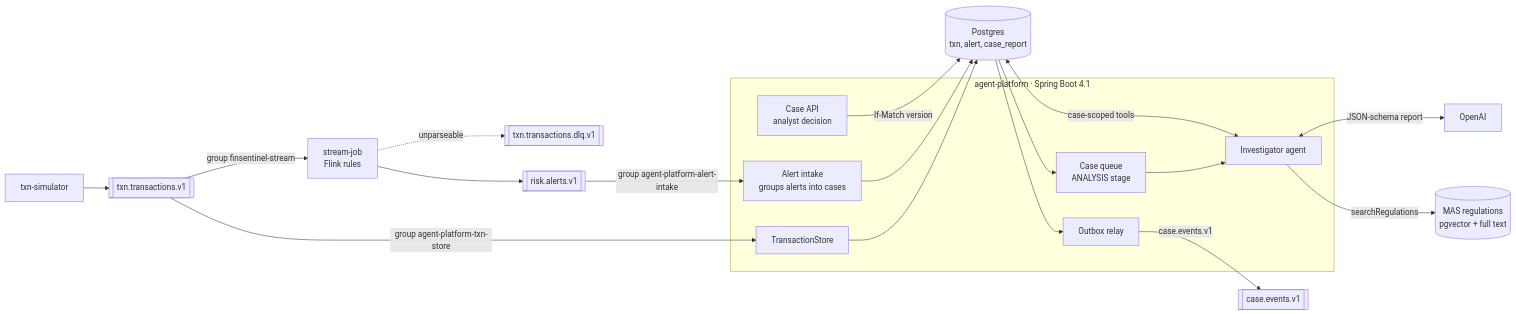
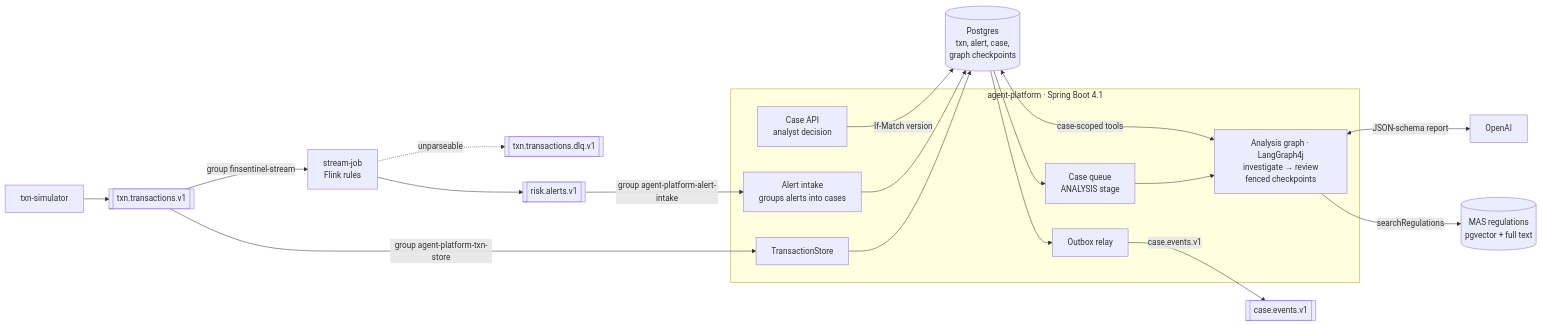
The diagram in README.md (hongming-github/finsentinel), drawn with Mermaid before and after one commit. The commit also changed other lines of this file and 23 other files, not shown here.

First line of the commit message:
Phase 4B: checkpointed analysis graph with a fenced Postgres saver

````diff
--- a/README.md
+++ b/README.md
@@ -9,25 +9,25 @@
 ```mermaid
 flowchart LR
     SIM[txn-simulator] --> TX[[txn.transactions.v1]]
     TX -->|group finsentinel-stream| F[stream-job<br/>Flink rules]
     F -.->|unparseable| DLQ[[txn.transactions.dlq.v1]]
     F --> AL[[risk.alerts.v1]]
     subgraph P [agent-platform · Spring Boot 4.1]
         TS[TransactionStore]
         AI[Alert intake<br/>groups alerts into cases]
         Q[Case queue<br/>ANALYSIS stage]
-        AG[Investigator agent]
+        AG[Analysis graph · LangGraph4j<br/>investigate → review<br/>fenced checkpoints]
         API[Case API<br/>analyst decision]
         OB[Outbox relay]
     end
     TX -->|group agent-platform-txn-store| TS
     AL -->|group agent-platform-alert-intake| AI
-    TS --> PG[(Postgres<br/>txn, alert, case_report)]
+    TS --> PG[(Postgres<br/>txn, alert, case,<br/>graph checkpoints)]
     AI --> PG
     PG --> Q --> AG
     API -->|If-Match version| PG
     PG --> OB -->|case.events.v1| K2[[case.events.v1]]
     AG <-->|case-scoped tools| PG
     AG <-->|JSON-schema report| LLM[OpenAI]
     AG -->|searchRegulations| KB[(MAS regulations<br/>pgvector + full text)]
 ```
````
